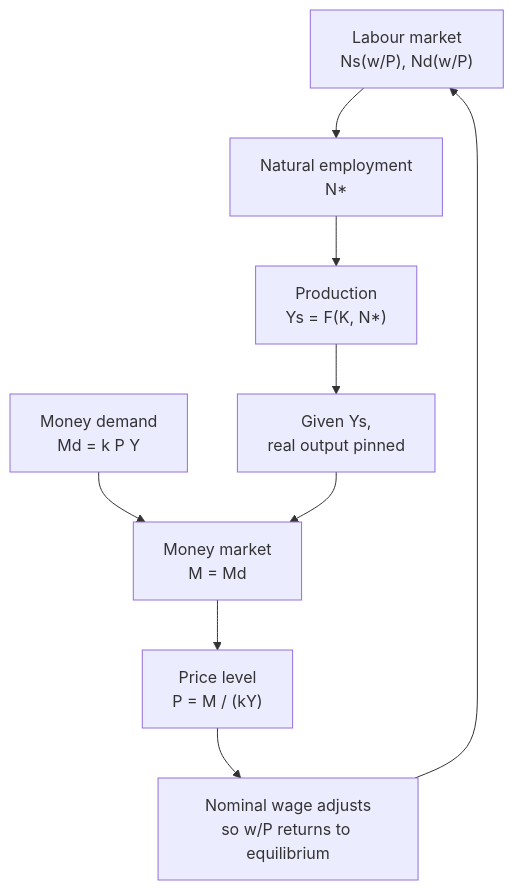
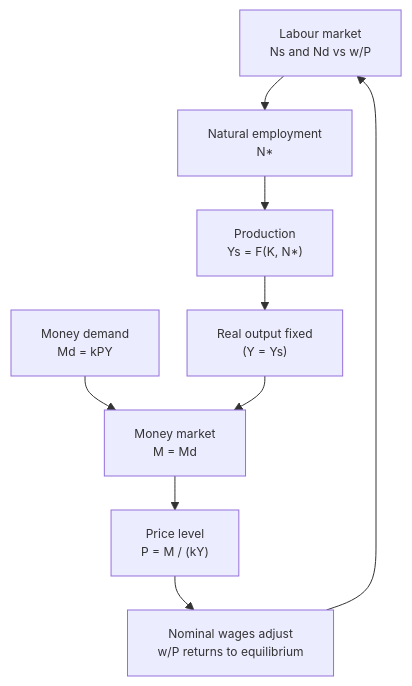
Before and after one commit to calderon777/monetary-economics: the first of 4 diagrams in topic4reading.qmd, drawn with Mermaid. The commit also changed 9 other files, not shown here.

Commit message:
Improve topic 4 Mermaid layout and label styling

````diff
--- a/topic4reading.qmd
+++ b/topic4reading.qmd
@@ -151,11 +151,12 @@
 ```{mermaid}
+%%{init: {"themeVariables": {"fontSize": "12px"}, "flowchart": {"nodeSpacing": 28, "rankSpacing": 34}} }%%
 flowchart TB
-  A["Labour market<br/>Ns(w/P), Nd(w/P)"] --> B["Natural employment<br/>N*"]
+  A["Labour market<br/>Ns and Nd vs w/P"] --> B["Natural employment<br/>N*"]
   B --> C["Production<br/>Ys = F(K, N*)"]
-  C --> D["Given Ys,<br/>real output pinned"]
-  E["Money demand<br/>Md = k P Y"] --> F["Money market<br/>M = Md"]
+  C --> D["Real output fixed<br/>(Y = Ys)"]
+  E["Money demand<br/>Md = kPY"] --> F["Money market<br/>M = Md"]
   D --> F
   F --> G["Price level<br/>P = M / (kY)"]
-  G --> H["Nominal wage adjusts<br/>so w/P returns to equilibrium"]
+  G --> H["Nominal wages adjust<br/>w/P returns to equilibrium"]
   H --> A
 ```
````
